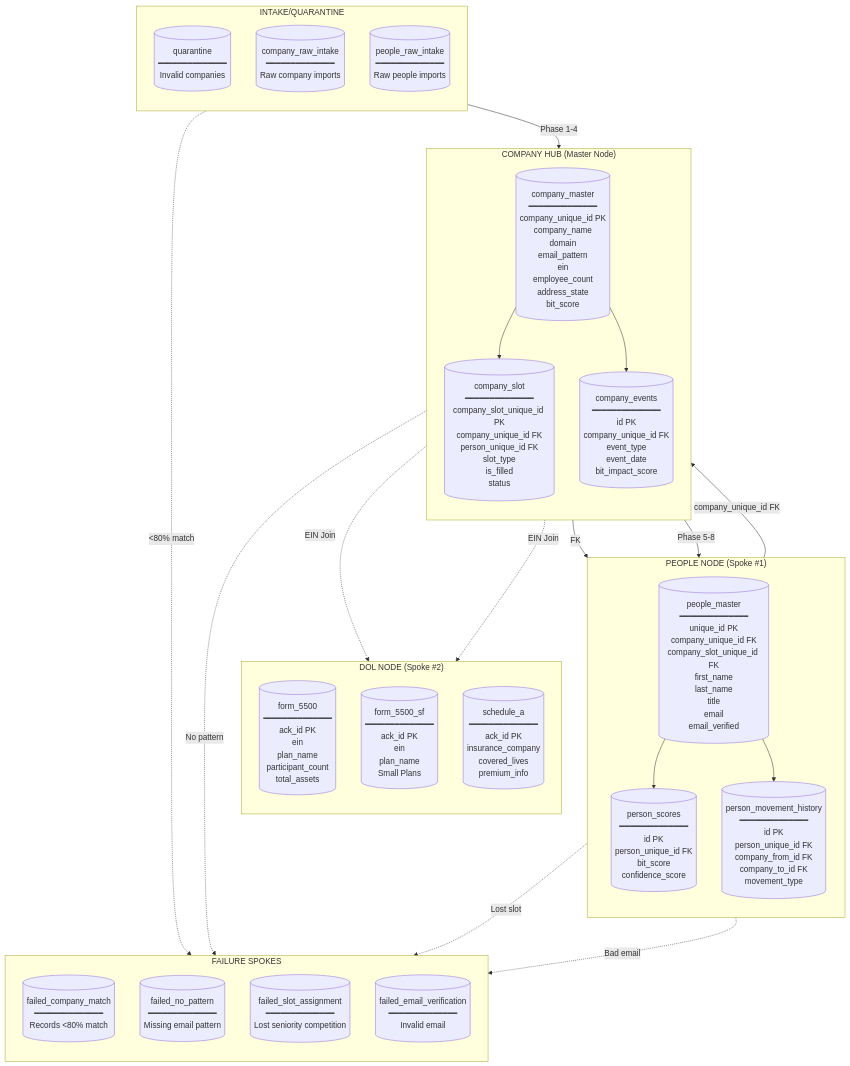
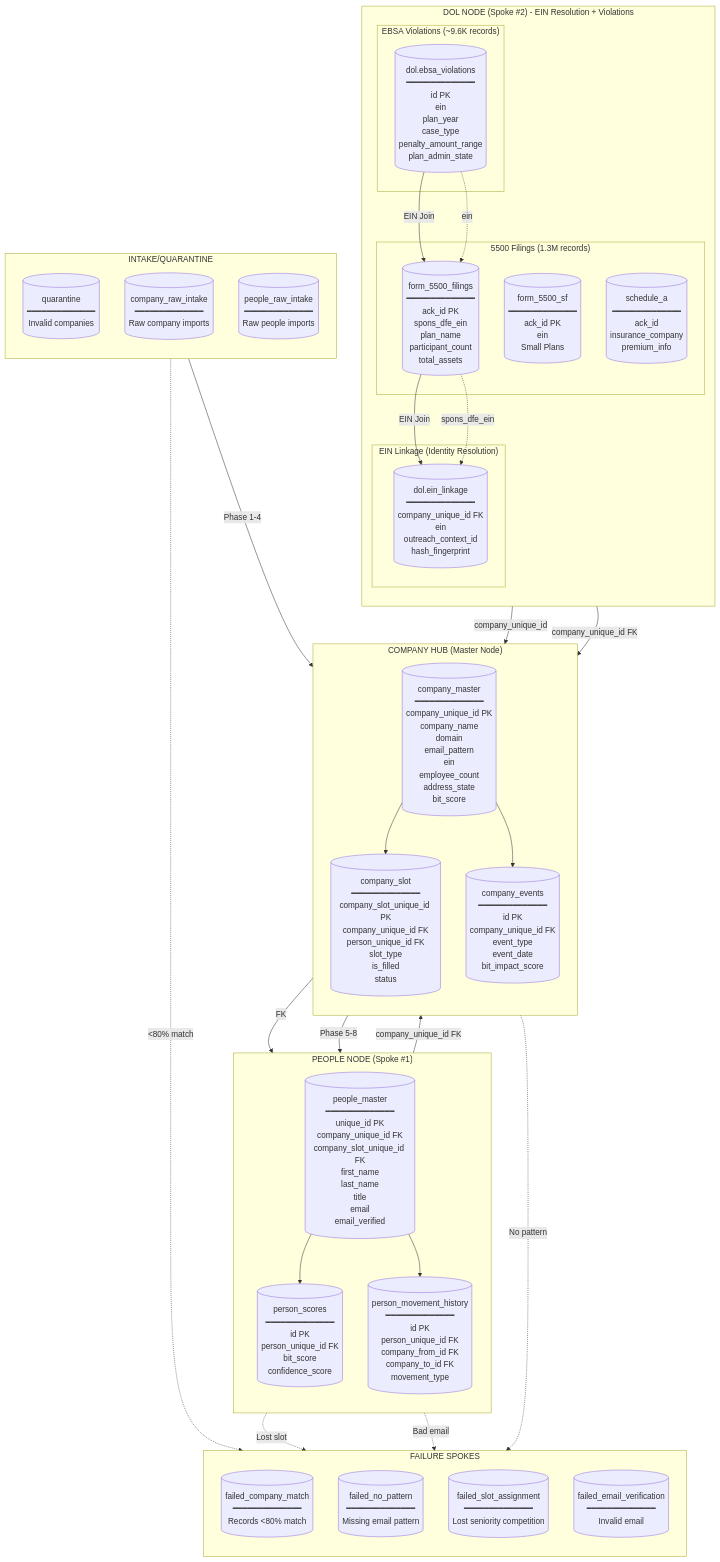
Before and after one commit to djb258/barton-outreach-core: the first of 2 diagrams in docs/COMPLETE_SYSTEM_ERD.md, drawn with Mermaid. The commit also changed other lines of this file, not shown here.

First line of the commit message:
Update ERD with 4 subhubs architecture

```diff
--- a/docs/COMPLETE_SYSTEM_ERD.md
+++ b/docs/COMPLETE_SYSTEM_ERD.md
@@ -142,13 +213,29 @@
         PM --> PMH
     end
 
-    subgraph DOL_SPOKE["DOL NODE (Spoke #2)"]
+    subgraph DOL_SPOKE["DOL NODE (Spoke #2) - EIN Resolution + Violations"]
         direction TB
-        F5500[("form_5500<br/>━━━━━━━━━━━━━━<br/>ack_id PK<br/>ein<br/>plan_name<br/>participant_count<br/>total_assets")]
-
-        F5500SF[("form_5500_sf<br/>━━━━━━━━━━━━━━<br/>ack_id PK<br/>ein<br/>plan_name<br/>Small Plans")]
-
-        SCHA[("schedule_a<br/>━━━━━━━━━━━━━━<br/>ack_id PK<br/>insurance_company<br/>covered_lives<br/>premium_info")]
+        
+        subgraph DOL_5500["5500 Filings (1.3M records)"]
+            F5500[("form_5500_filings<br/>━━━━━━━━━━━━━━<br/>ack_id PK<br/>spons_dfe_ein<br/>plan_name<br/>participant_count<br/>total_assets")]
+            
+            F5500SF[("form_5500_sf<br/>━━━━━━━━━━━━━━<br/>ack_id PK<br/>ein<br/>Small Plans")]
+            
+            SCHA[("schedule_a<br/>━━━━━━━━━━━━━━<br/>ack_id<br/>insurance_company<br/>premium_info")]
+        end
+        
+        subgraph DOL_LINKAGE["EIN Linkage (Identity Resolution)"]
+            EINLINK[("dol.ein_linkage<br/>━━━━━━━━━━━━━━<br/>company_unique_id FK<br/>ein<br/>outreach_context_id<br/>hash_fingerprint")]
+        end
+        
+        subgraph DOL_VIOLATIONS["EBSA Violations (~9.6K records)"]
+            EBSAVIOL[("dol.ebsa_violations<br/>━━━━━━━━━━━━━━<br/>id PK<br/>ein<br/>plan_year<br/>case_type<br/>penalty_amount_range<br/>plan_admin_state")]
+        end
+        
+        %% JOIN CHAIN: Violation → 5500 → Outreach
+        EBSAVIOL -->|"EIN Join"| F5500
+        F5500 -->|"EIN Join"| EINLINK
+        EINLINK -->|"company_unique_id"| CM
     end
 
     subgraph FAILURE_SPOKES["FAILURE SPOKES"]
@@ -166,9 +253,13 @@
         PRI[("people_raw_intake<br/>━━━━━━━━━━━━━━<br/>Raw people imports")]
     end
 
-    %% Relationships
-    CM -.->|"EIN Join"| F5500
-    CM -.->|"EIN Join"| F5500SF
+    %% Relationships - DOL Join Chain
+    %% VIOLATION → 5500 → EIN_LINKAGE → COMPANY_MASTER → OUTREACH
+    EBSAVIOL -.->|"ein"| F5500
+    F5500 -.->|"spons_dfe_ein"| EINLINK
+    EINLINK -->|"company_unique_id FK"| CM
+    
+    %% People relationships
     CS -->|"FK"| PM
     PM -->|"company_unique_id FK"| CM
 
```
